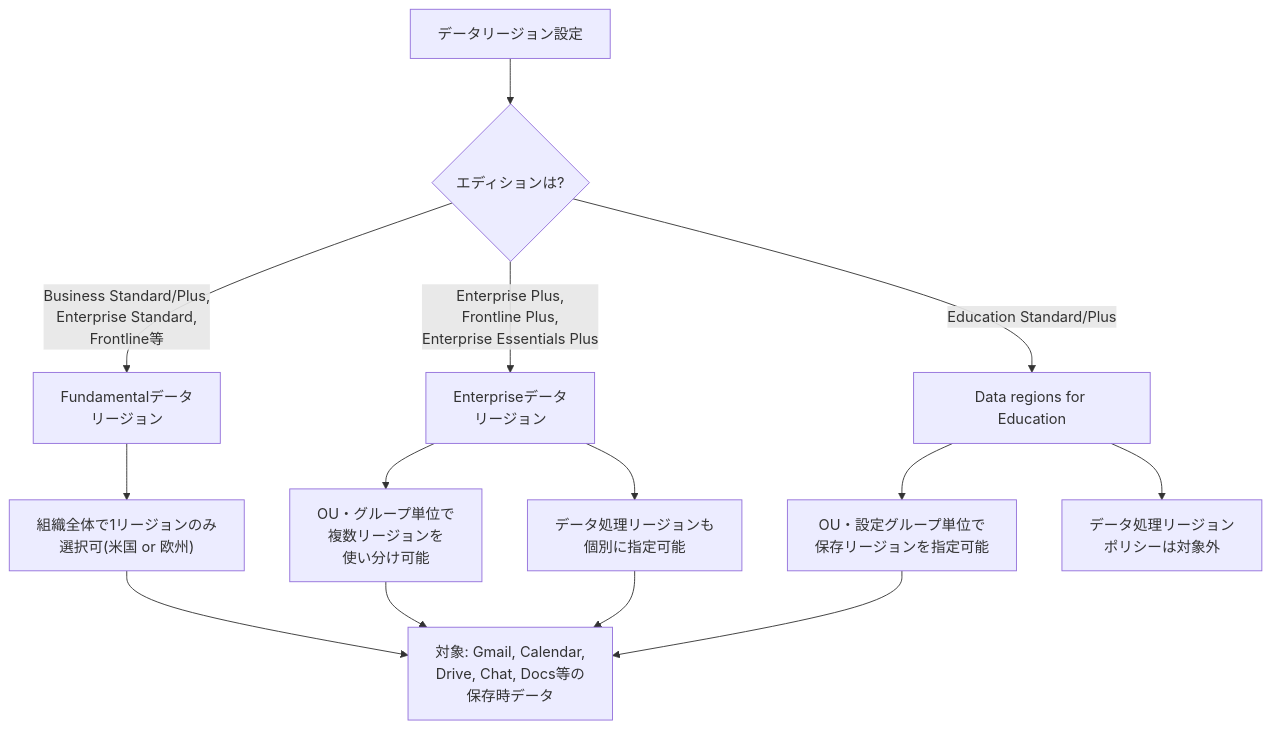
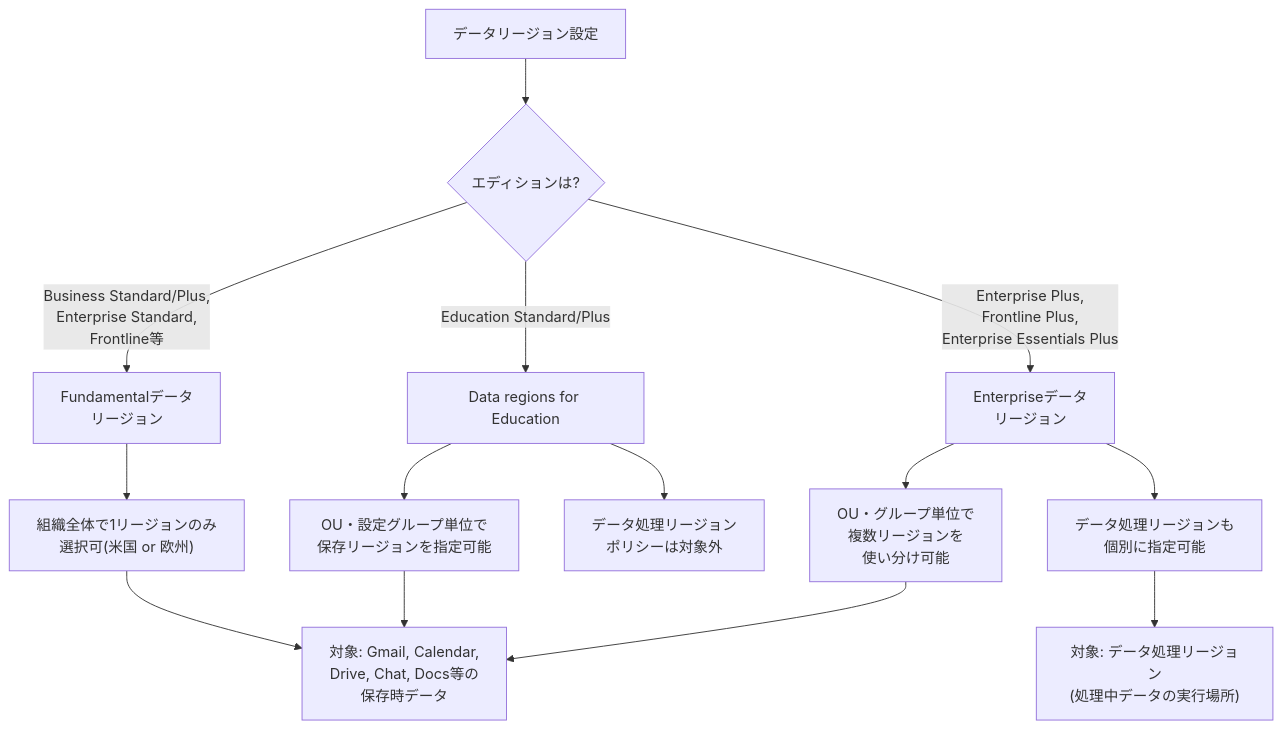
Before and after one commit to myoshi2891/Cloud-Infrastructure-Studies: the ninth of 10 diagrams in archive/Gcl/Associate-Google-Workspace-Administrator/md/Agwa-section3-data-governance.md, drawn with Mermaid. The commit also changed other lines of this file and 1 other file, not shown here.

Commit message:
docs(study-content): update PCA section 2 and AGWA section 3 study guide diagrams and explanations

````diff
--- a/archive/Gcl/Associate-Google-Workspace-Administrator/md/Agwa-section3-data-governance.md
+++ b/archive/Gcl/Associate-Google-Workspace-Administrator/md/Agwa-section3-data-governance.md
@@ -511,16 +517,16 @@
 ```mermaid
 flowchart TD
     A["データリージョン設定"] --> B{"エディションは?"}
     B -->|"Business Standard/Plus,<br/>Enterprise Standard,<br/>Frontline等"| C["Fundamentalデータ<br/>リージョン"]
     B -->|"Education Standard/Plus"| EDU["Data regions for Education"]
     B -->|"Enterprise Plus,<br/>Frontline Plus,<br/>Enterprise Essentials Plus"| D["Enterpriseデータ<br/>リージョン"]
     C --> C1["組織全体で1リージョンのみ<br/>選択可(米国 or 欧州)"]
     D --> D1["OU・グループ単位で<br/>複数リージョンを<br/>使い分け可能"]
     D --> D2["データ処理リージョンも<br/>個別に指定可能"]
     EDU --> EDU1["OU・設定グループ単位で<br/>保存リージョンを指定可能"]
     EDU --> EDU2["データ処理リージョン<br/>ポリシーは対象外"]
     C1 --> E["対象: Gmail, Calendar,<br/>Drive, Chat, Docs等の<br/>保存時データ"]
     D1 --> E
-    D2 --> E
     EDU1 --> E
+    D2 --> P["対象: データ処理リージョン<br/>(処理中データの実行場所)"]
 ```
````
